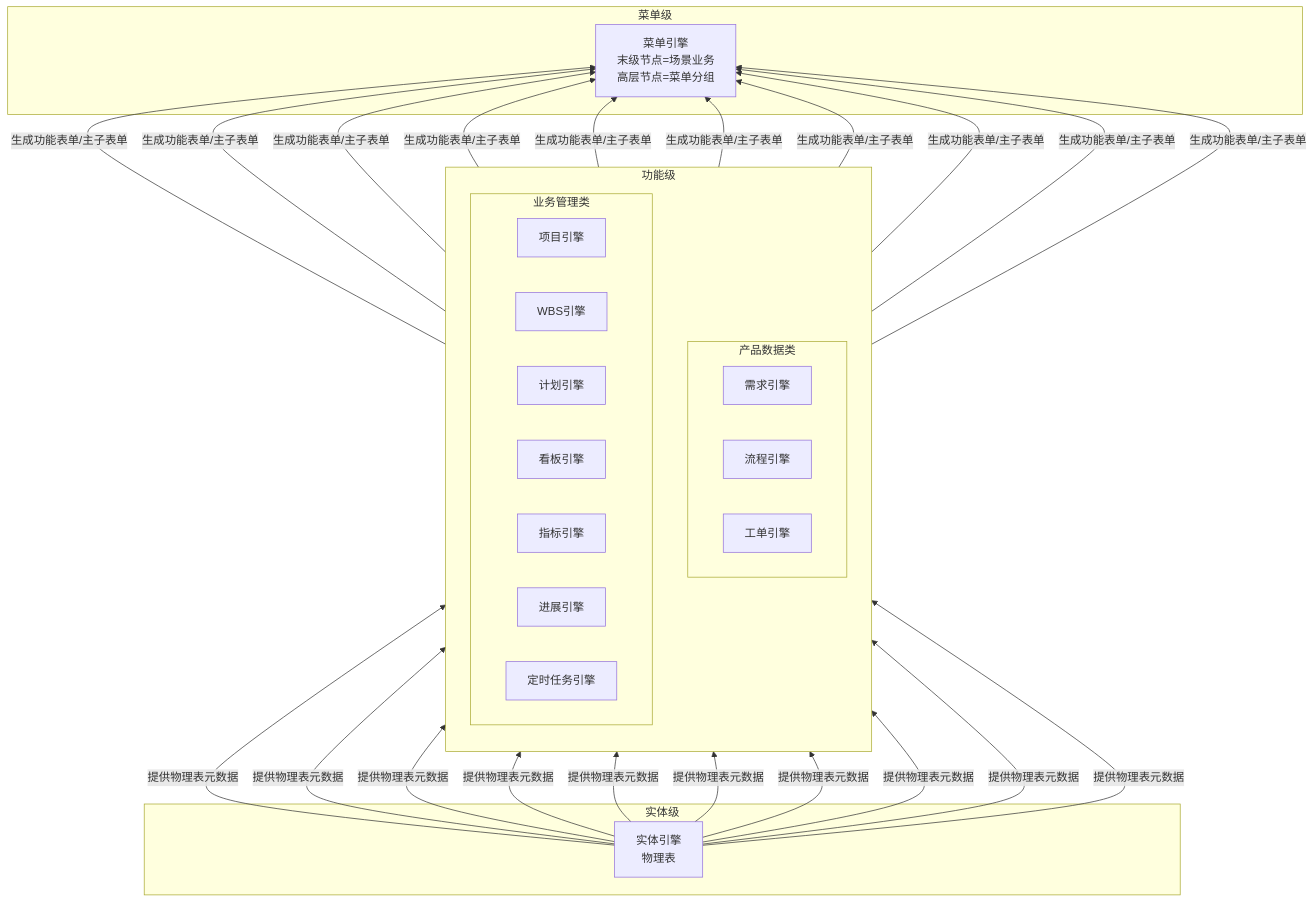
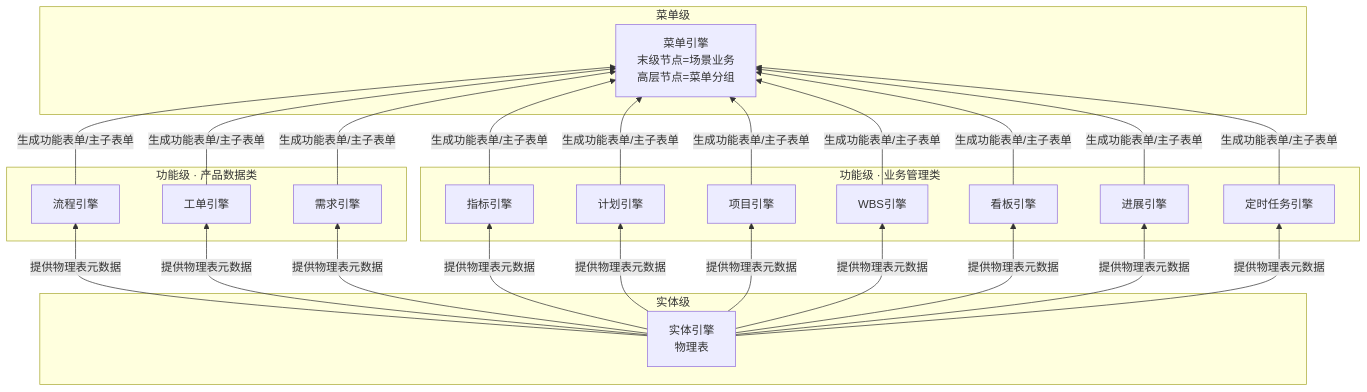
Before and after one commit to Yongjunzhou/AOS-system-design: the diagram in 20-pl4eos/10-pl4eos-subpl-sysdev/10-wfsysdev-4-eos/91-eos-biz-eng-spec.md, drawn with Mermaid.

Commit message:
fix(91-spec): §2.2 Mermaid图去掉嵌套子图，改为四个平铺子图避免切换视图时渲染丢失

````diff
--- a/20-pl4eos/10-pl4eos-subpl-sysdev/10-wfsysdev-4-eos/91-eos-biz-eng-spec.md
+++ b/20-pl4eos/10-pl4eos-subpl-sysdev/10-wfsysdev-4-eos/91-eos-biz-eng-spec.md
@@ -127,48 +127,43 @@
 ```mermaid
 flowchart BT
   subgraph EL3["实体级"]
     ENTITY[实体引擎<br/>物理表]
   end
-  subgraph EL2["功能级"]
-    direction TB
-    subgraph PROD["产品数据类"]
-      direction LR
-      REQ[需求引擎]
-      FLOW[流程引擎]
-      WO[工单引擎]
-    end
-    subgraph MGT["业务管理类"]
-      direction LR
-      PROJ[项目引擎]
-      WBS[WBS引擎]
-      TASK[计划引擎]
-      KANBAN[看板引擎]
-      IND[指标引擎]
-      PROG[进展引擎]
-      SCH[定时任务引擎]
-    end
+  subgraph EL2a["功能级 · 产品数据类"]
+    REQ[需求引擎]
+    FLOW[流程引擎]
+    WO[工单引擎]
+  end
+  subgraph EL2b["功能级 · 业务管理类"]
+    PROJ[项目引擎]
+    WBS[WBS引擎]
+    TASK[计划引擎]
+    KANBAN[看板引擎]
+    IND[指标引擎]
+    PROG[进展引擎]
+    SCH[定时任务引擎]
   end
   subgraph EL1["菜单级"]
     MENU[菜单引擎<br/>末级节点=场景业务<br/>高层节点=菜单分组]
   end
   ENTITY -->|提供物理表元数据| FLOW
   ENTITY -->|提供物理表元数据| WO
   ENTITY -->|提供物理表元数据| REQ
   ENTITY -->|提供物理表元数据| IND
   ENTITY -->|提供物理表元数据| TASK
   ENTITY -->|提供物理表元数据| PROJ
   ENTITY -->|提供物理表元数据| WBS
   ENTITY -->|提供物理表元数据| KANBAN
   ENTITY -->|提供物理表元数据| PROG
   ENTITY -->|提供物理表元数据| SCH
   FLOW -->|生成功能表单/主子表单| MENU
   WO -->|生成功能表单/主子表单| MENU
   IND -->|生成功能表单/主子表单| MENU
   REQ -->|生成功能表单/主子表单| MENU
   TASK -->|生成功能表单/主子表单| MENU
   PROJ -->|生成功能表单/主子表单| MENU
   WBS -->|生成功能表单/主子表单| MENU
   KANBAN -->|生成功能表单/主子表单| MENU
   PROG -->|生成功能表单/主子表单| MENU
   SCH -->|生成功能表单/主子表单| MENU
 ```
````
